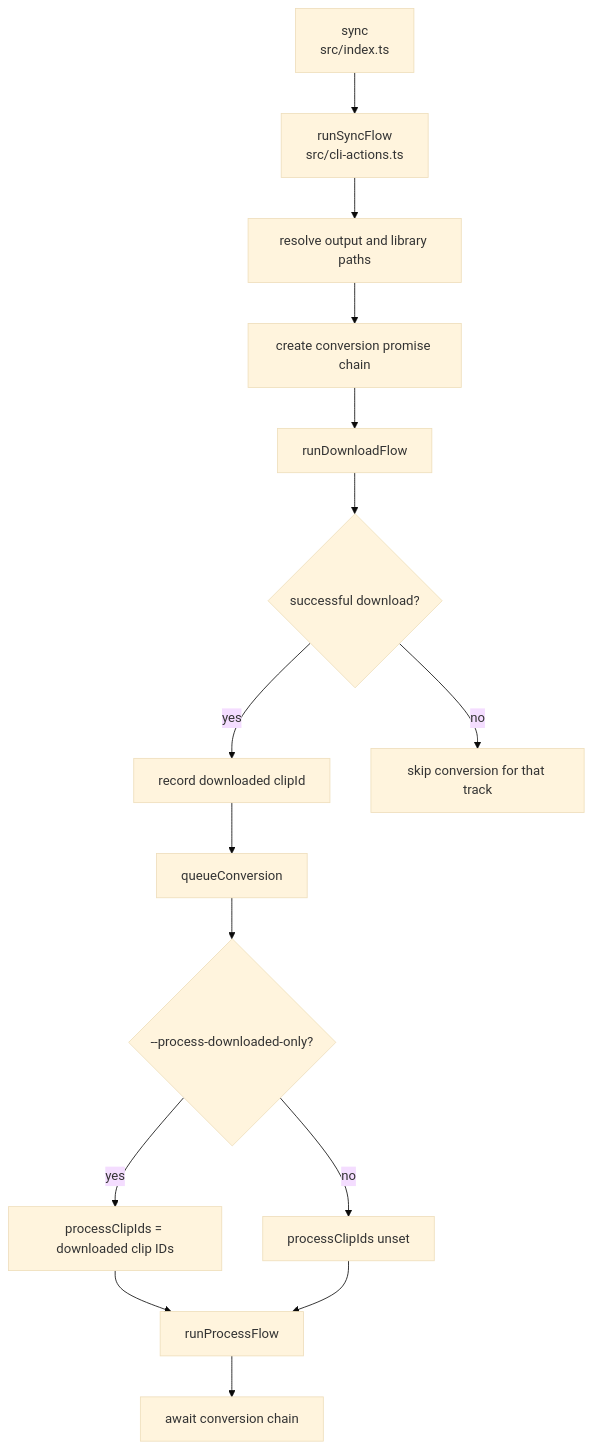
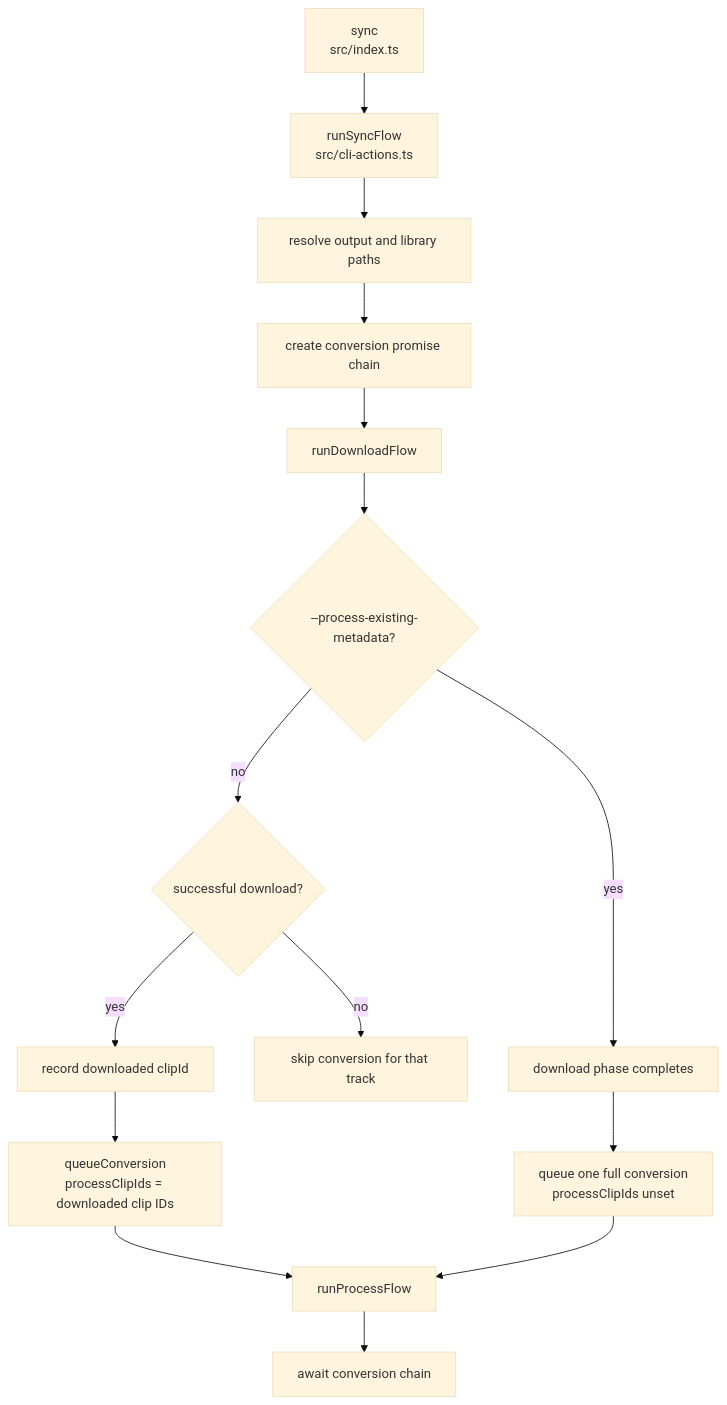
Before and after one commit to mikeygnyc/SunoLibrarian: the sixth of 9 diagrams in docs/cli-program-flow.md, drawn with Mermaid (base theme). The commit also changed other lines of this file and 10 other files, not shown here.

First line of the commit message:
feat: normalize song metadata storage in SQLite with new schema

````diff
--- a/docs/cli-program-flow.md
+++ b/docs/cli-program-flow.md
@@ -244,17 +256,17 @@
 ```mermaid
 flowchart TD
   A["sync<br/>src/index.ts"] --> B["runSyncFlow<br/>src/cli-actions.ts"]
   B --> C["resolve output and library paths"]
   C --> D["create conversion promise chain"]
   D --> E["runDownloadFlow"]
-  E --> F{"successful download?"}
-  F -- yes --> G["record downloaded clipId"]
-  G --> H["queueConversion"]
-  H --> I{"--process-downloaded-only?"}
-  I -- yes --> J["processClipIds = downloaded clip IDs"]
-  I -- no --> K["processClipIds unset"]
-  J --> L["runProcessFlow"]
-  K --> L
-  F -- no --> M["skip conversion for that track"]
-  L --> N["await conversion chain"]
+  E --> F{"--process-existing-metadata?"}
+  F -- no --> G{"successful download?"}
+  G -- yes --> H["record downloaded clipId"]
+  H --> I["queueConversion<br/>processClipIds = downloaded clip IDs"]
+  G -- no --> J["skip conversion for that track"]
+  F -- yes --> K["download phase completes"]
+  K --> L["queue one full conversion<br/>processClipIds unset"]
+  I --> M["runProcessFlow"]
+  L --> M
+  M --> N["await conversion chain"]
 ```
````
